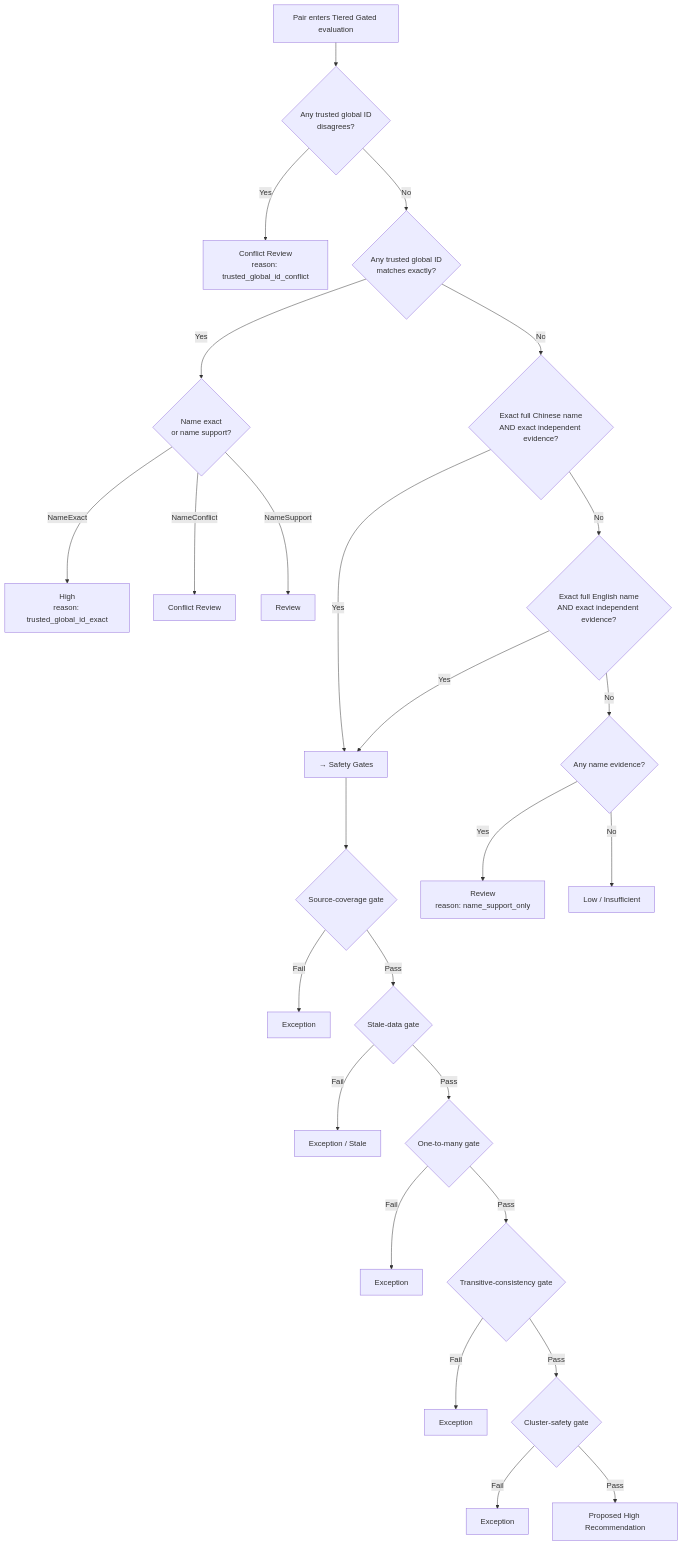
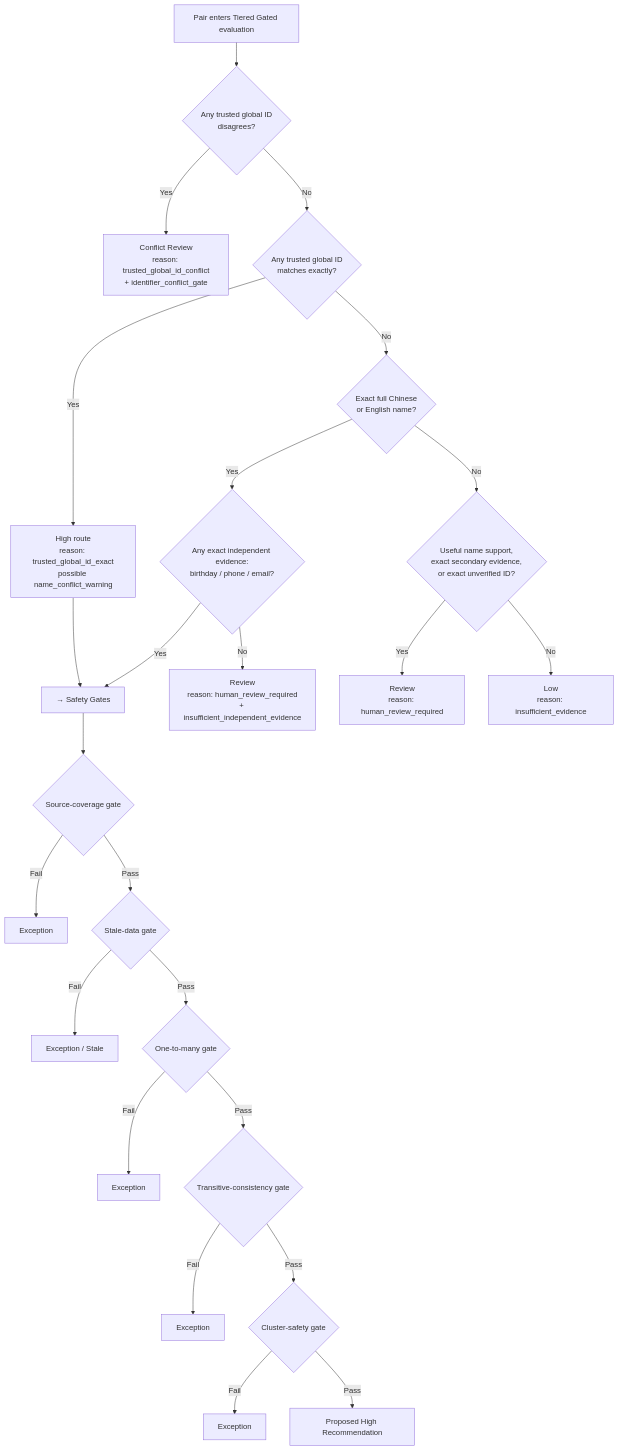
One commit to cuhkfyp/erpnext-docker-fuzzy changed the first of 5 diagrams in CCD_TIERED_EVIDENCE_AND_SPLINK_TECHNICAL_GUIDE.md. Above: the diagram before and after it, drawn with Mermaid. The commit also changed other lines of this file and 1 other file, not shown here.

````diff
--- a/CCD_TIERED_EVIDENCE_AND_SPLINK_TECHNICAL_GUIDE.md
+++ b/CCD_TIERED_EVIDENCE_AND_SPLINK_TECHNICAL_GUIDE.md
@@ -265,28 +358,26 @@
 ```mermaid
 flowchart TD
     A[Pair enters Tiered Gated evaluation] --> B{Any trusted global ID<br/>disagrees?}
-    B -- Yes --> CONFLICT[Conflict Review<br/>reason: trusted_global_id_conflict]
+    B -- Yes --> CONFLICT[Conflict Review<br/>reason: trusted_global_id_conflict<br/>+ identifier_conflict_gate]
     B -- No --> C{Any trusted global ID<br/>matches exactly?}
-    C -- Yes --> D{Name exact<br/>or name support?}
-    D -- NameExact --> HIGHID[High<br/>reason: trusted_global_id_exact]
-    D -- NameConflict --> CONFLICT2[Conflict Review]
-    D -- NameSupport --> REVIEW1[Review]
-    C -- No --> E{Exact full Chinese name<br/>AND exact independent evidence?}
+    C -- Yes --> HIGHID[High route<br/>reason: trusted_global_id_exact<br/>possible name_conflict_warning]
+    HIGHID --> F
+    C -- No --> D{Exact full Chinese<br/>or English name?}
+    D -- Yes --> E{Any exact independent evidence:<br/>birthday / phone / email?}
     E -- Yes --> F[→ Safety Gates]
-    E -- No --> G{Exact full English name<br/>AND exact independent evidence?}
-    G -- Yes --> F
-    G -- No --> H{Any name evidence?}
-    H -- Yes --> REVIEW2[Review<br/>reason: name_support_only]
-    H -- No --> LOW[Low / Insufficient]
+    E -- No --> REVIEW1[Review<br/>reason: human_review_required<br/>+ insufficient_independent_evidence]
+    D -- No --> G{Useful name support,<br/>exact secondary evidence,<br/>or exact unverified ID?}
+    G -- Yes --> REVIEW2[Review<br/>reason: human_review_required]
+    G -- No --> LOW[Low<br/>reason: insufficient_evidence]
     F --> GATE1{Source-coverage gate}
     GATE1 -- Fail --> EX1[Exception]
     GATE1 -- Pass --> GATE2{Stale-data gate}
     GATE2 -- Fail --> EX2[Exception / Stale]
     GATE2 -- Pass --> GATE3{One-to-many gate}
     GATE3 -- Fail --> EX3[Exception]
     GATE3 -- Pass --> GATE4{Transitive-consistency gate}
     GATE4 -- Fail --> EX4[Exception]
     GATE4 -- Pass --> GATE5{Cluster-safety gate}
     GATE5 -- Fail --> EX5[Exception]
     GATE5 -- Pass --> HIGH[Proposed High Recommendation]
 ```
````
